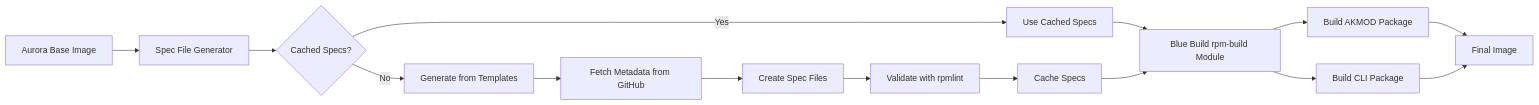
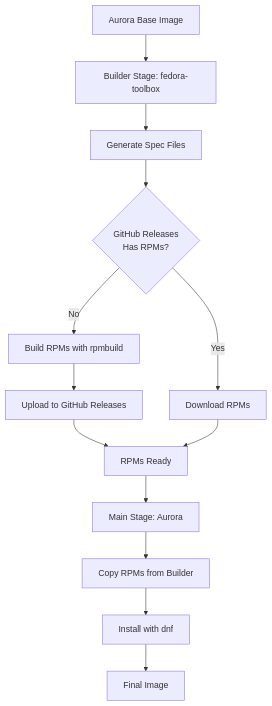
The diagram in README.md (abirkel/MyAuroraBluebuild), drawn with Mermaid before and after one commit. The commit also changed other lines of this file, not shown here.

First line of the commit message:
docs: update documentation for Blue Build stages and GitHub Releases caching

````diff
--- a/README.md
+++ b/README.md
@@ -407,17 +415,15 @@
 ```mermaid
-graph LR
-    A[Aurora Base Image] --> B[Spec File Generator]
-    B --> C{Cached Specs?}
-    C -->|Yes| D[Use Cached Specs]
-    C -->|No| E[Generate from Templates]
-    E --> F[Fetch Metadata from GitHub]
-    F --> G[Create Spec Files]
-    G --> H[Validate with rpmlint]
-    H --> I[Cache Specs]
-    D --> J[Blue Build rpm-build Module]
-    I --> J
-    J --> K[Build AKMOD Package]
-    J --> L[Build CLI Package]
-    K --> M[Final Image]
-    L --> M
+graph TB
+    A[Aurora Base Image] --> B[Builder Stage: fedora-toolbox]
+    B --> C[Generate Spec Files]
+    C --> D{GitHub Releases<br/>Has RPMs?}
+    D -->|Yes| E[Download RPMs]
+    D -->|No| F[Build RPMs with rpmbuild]
+    F --> G[Upload to GitHub Releases]
+    G --> H[RPMs Ready]
+    E --> H
+    H --> I[Main Stage: Aurora]
+    I --> J[Copy RPMs from Builder]
+    J --> K[Install with dnf]
+    K --> L[Final Image]
 ```
````
